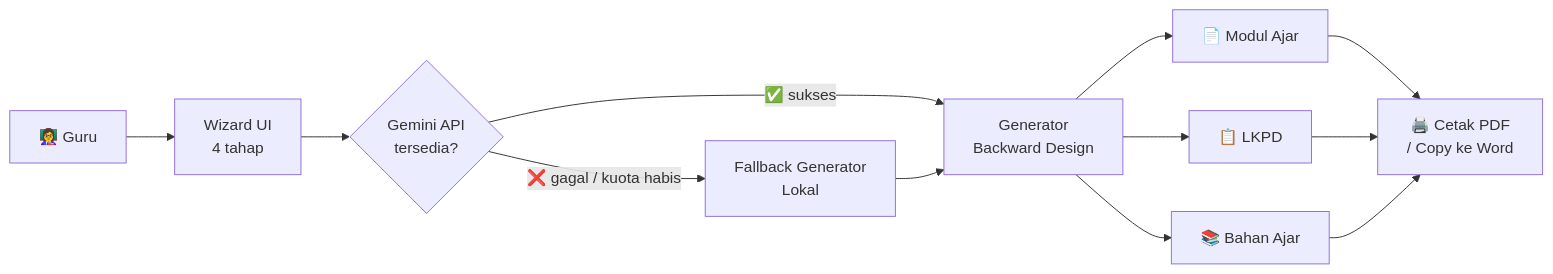
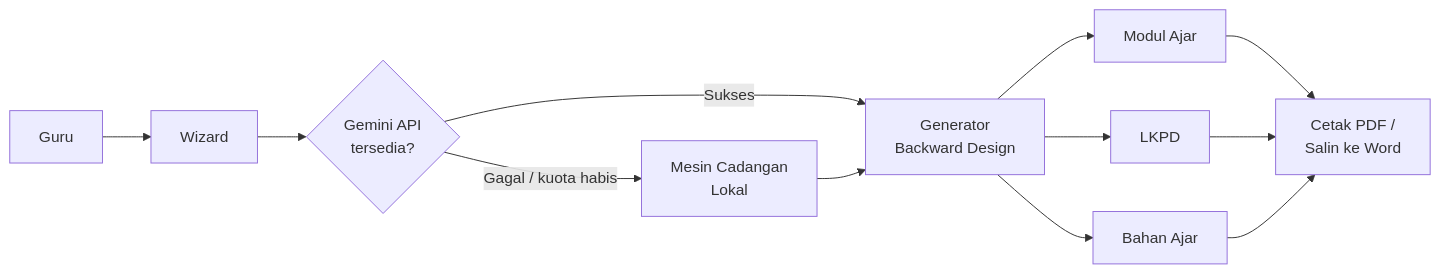
The diagram in README.md (pusakamediaid-dotcom/ai-instructional-designer-indonesia), drawn with Mermaid before and after one commit. The commit also changed other lines of this file and 11 other files, not shown here.

````diff
--- a/README.md
+++ b/README.md
@@ -72,14 +63,14 @@
 ```mermaid
 flowchart LR
-    A[👩‍🏫 Guru] --> B[Wizard UI<br/>4 tahap]
+    A[Guru] --> B[Wizard]
     B --> C{Gemini API<br/>tersedia?}
-    C -->|✅ sukses| D[Generator<br/>Backward Design]
-    C -->|❌ gagal / kuota habis| E[Fallback Generator<br/>Lokal]
+    C -->|Sukses| D[Generator<br/>Backward Design]
+    C -->|Gagal / kuota habis| E[Mesin Cadangan<br/>Lokal]
     E --> D
-    D --> F[📄 Modul Ajar]
-    D --> G[📋 LKPD]
-    D --> H[📚 Bahan Ajar]
-    F --> I[🖨️ Cetak PDF<br/>/ Copy ke Word]
+    D --> F[Modul Ajar]
+    D --> G[LKPD]
+    D --> H[Bahan Ajar]
+    F --> I[Cetak PDF /<br/>Salin ke Word]
     G --> I
     H --> I
 ```
````
